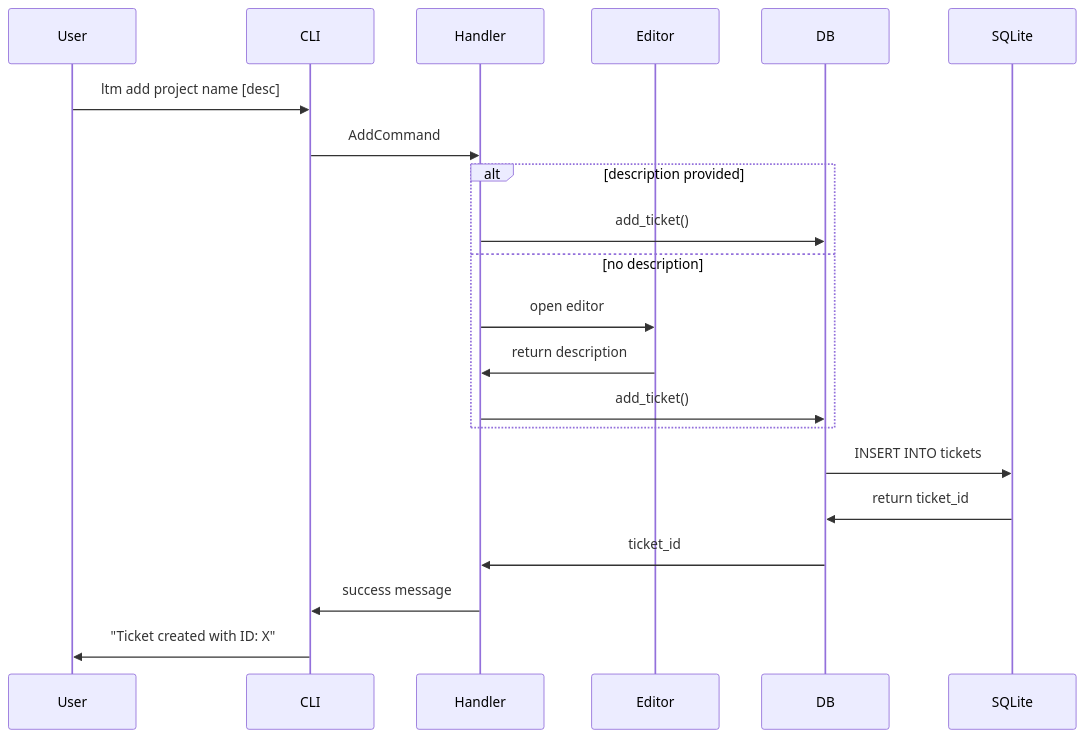
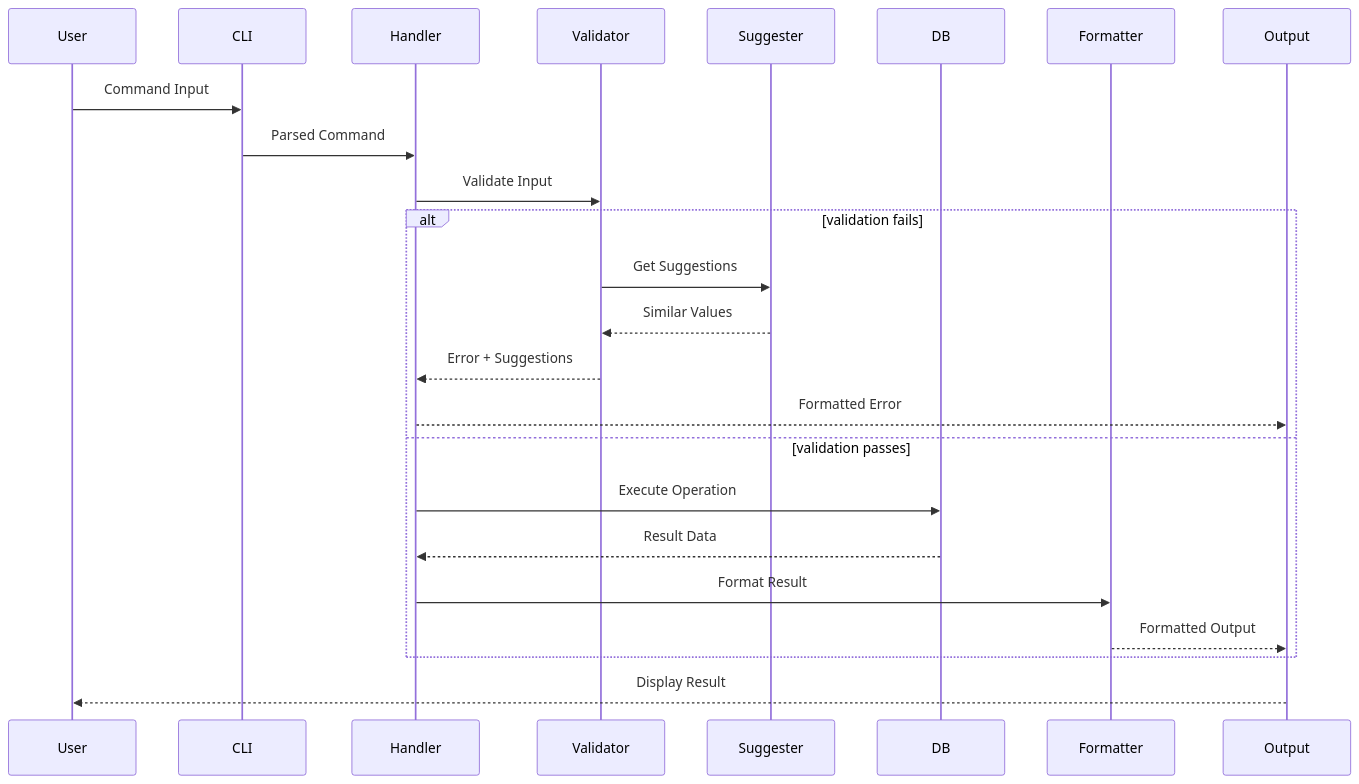
One commit to teranth/ltm changed the fifth of 14 diagrams in architecture.md. Above: the diagram before and after it, drawn with Mermaid. The commit also changed other lines of this file and 3 other files, not shown here.

Commit message:
Successfully resolved merge conflicts between the hierarchical command structure implementation and JSON output functionality, creating a unified system that combines both feature sets.

````diff
--- a/architecture.md
+++ b/architecture.md
@@ -188,26 +248,29 @@
 ```mermaid
 sequenceDiagram
     participant User
     participant CLI
     participant Handler
-    participant Editor
+    participant Validator
+    participant Suggester
     participant DB
-    participant SQLite
+    participant Formatter
+    participant Output
 
-    User->>CLI: ltm add project name [desc]
-    CLI->>Handler: AddCommand
-
-    alt description provided
-        Handler->>DB: add_ticket()
-    else no description
-        Handler->>Editor: open editor
-        Editor->>Handler: return description
-        Handler->>DB: add_ticket()
+    User->>CLI: Command Input
+    CLI->>Handler: Parsed Command
+    
+    Handler->>Validator: Validate Input
+    alt validation fails
+        Validator->>Suggester: Get Suggestions
+        Suggester-->>Validator: Similar Values
+        Validator-->>Handler: Error + Suggestions
+        Handler-->>Output: Formatted Error
+    else validation passes
+        Handler->>DB: Execute Operation
+        DB-->>Handler: Result Data
+        Handler->>Formatter: Format Result
+        Formatter-->>Output: Formatted Output
     end
-
-    DB->>SQLite: INSERT INTO tickets
-    SQLite->>DB: return ticket_id
-    DB->>Handler: ticket_id
-    Handler->>CLI: success message
-    CLI->>User: "Ticket created with ID: X"
+    
+    Output-->>User: Display Result
 ```
````
